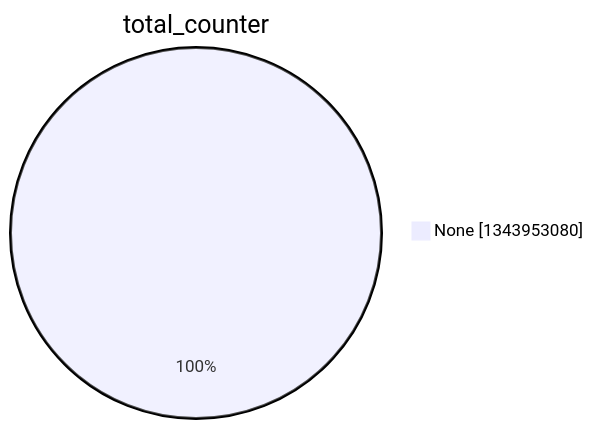
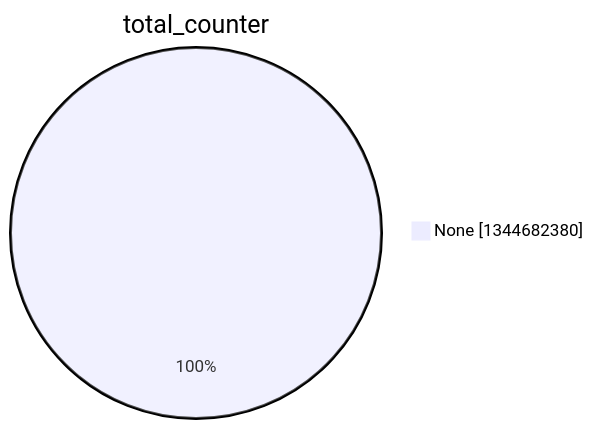
One commit to christiankrug/ctmonitor_visualization changed the second of 15 diagrams in argon2022/README.md. Above: the diagram before and after it, drawn with Mermaid. The commit also changed other lines of this file, not shown here.

````diff
--- a/argon2022/README.md
+++ b/argon2022/README.md
@@ -9,5 +9,5 @@
 ```mermaid
 pie showData
 title total_counter
-"None" :1343953080
+"None" :1344682380
 ```
````
